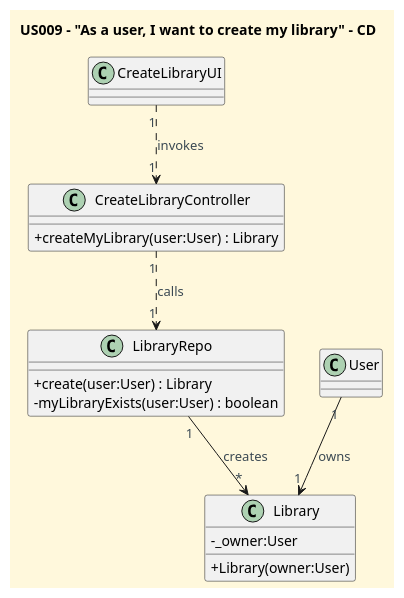
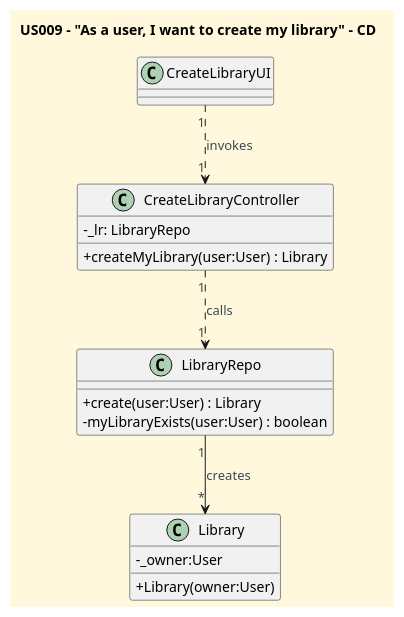
One commit to CarolinaLeite-collab/JavaMarketplacePlatform changed the diagram in docs/userStories/US009/US009_create_my_library_CD.puml. Above: the diagram before and after it, drawn with PlantUML.

Commit message:
#68 - updated CD diagram for US009

```diff
--- a/docs/userStories/US009/US009_create_my_library_CD.puml
+++ b/docs/userStories/US009/US009_create_my_library_CD.puml
@@ -1,43 +1,43 @@
 @startuml
 'https://plantuml.com/class-diagram
 title US009 – "As a user, I want to create my library" - CD
 
 '==== basic style ====
 skinparam monochrome false
 skinparam shadowing false
 skinparam defaultFontName Futura
 skinparam objectFontSize 20
 skinparam backgroundColor CornSilk
 skinparam objectBackgroundColor WhiteSmoke
 skinparam noteBackgroundColor #FFFFE0
 skinparam ArrowFontColor #3B4953
 skinparam ActivationBackgroundColor black
 skinparam classAttributeIconSize 0
 
 class CreateLibraryUI {
 }
 
 class CreateLibraryController {
-
+  -_lr: LibraryRepo
   + createMyLibrary(user:User) : Library
 }
 
 class LibraryRepo {
   + create(user:User) : Library
   - myLibraryExists(user:User) : boolean
 }
 
 class Library {
   - _owner:User
   + Library(owner:User)
 }
 
-class User {
-}
+'class User {
+'}
 
 CreateLibraryUI "1" ..> "1" CreateLibraryController : invokes
 CreateLibraryController "1" ..> "1" LibraryRepo : calls
 LibraryRepo "1" --> "*" Library : creates
-User "1" --> "1" Library: owns
+'User "1" --> "1" Library: owns
 
 @enduml
```
